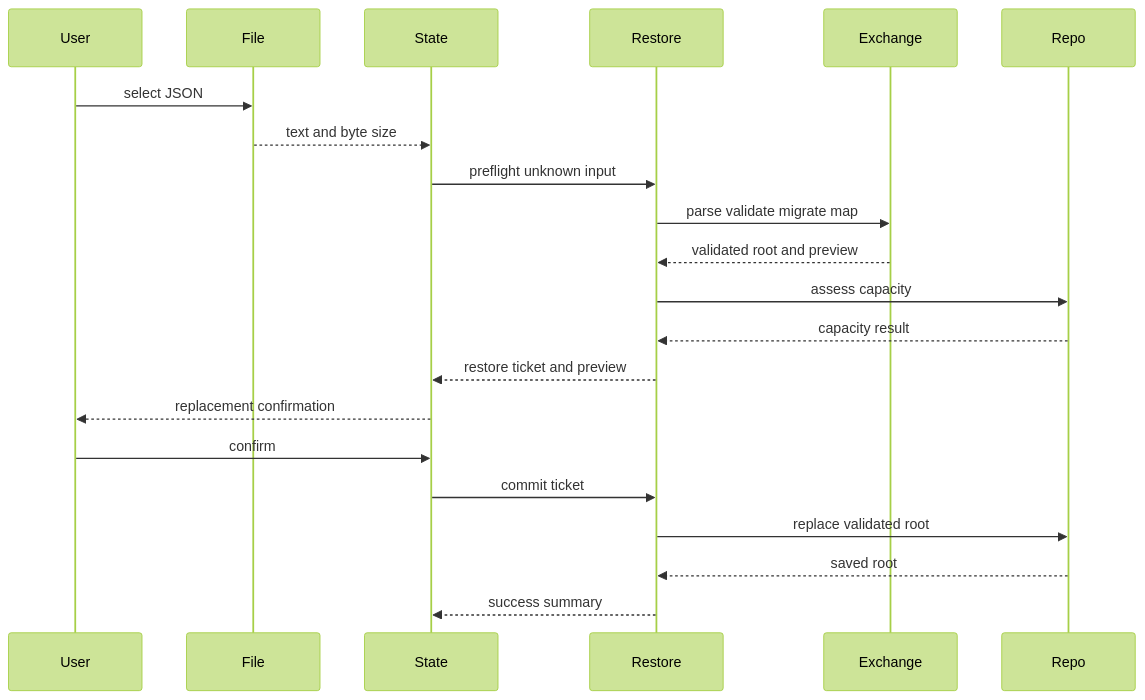
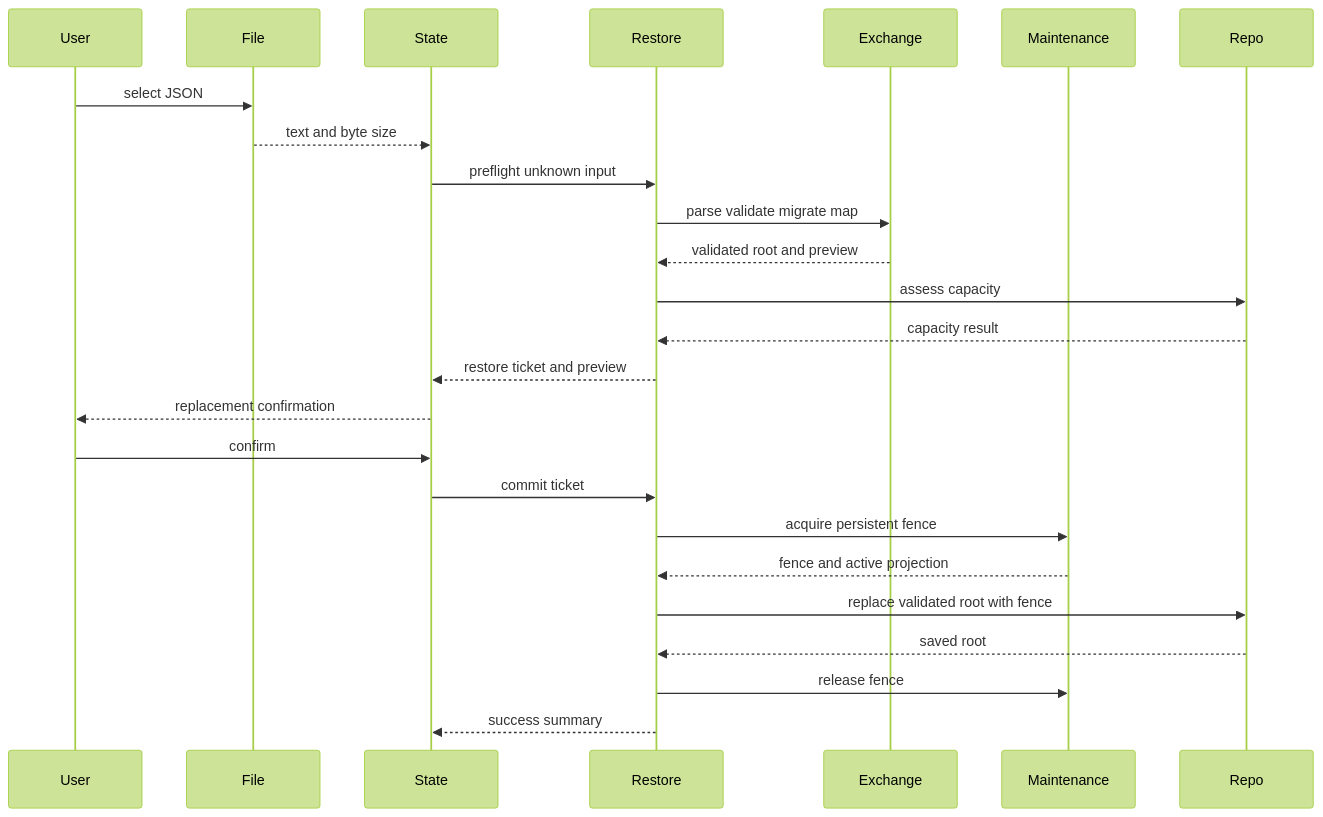
The third of 3 diagrams in .kiro/specs/backup-restore/design.md (Huruikagi/pc-build-planner), drawn with Mermaid (forest theme) before and after one commit. The commit also changed other lines of this file and 25 other files, not shown here.

Commit message:
docs(specs): adopt React UI architecture

````diff
--- a/.kiro/specs/backup-restore/design.md
+++ b/.kiro/specs/backup-restore/design.md
@@ -140,23 +141,27 @@
 ```mermaid
 sequenceDiagram
     participant User
     participant File
     participant State
     participant Restore
     participant Exchange
+    participant Maintenance
     participant Repo
     User->>File: select JSON
     File-->>State: text and byte size
     State->>Restore: preflight unknown input
     Restore->>Exchange: parse validate migrate map
     Exchange-->>Restore: validated root and preview
     Restore->>Repo: assess capacity
     Repo-->>Restore: capacity result
     Restore-->>State: restore ticket and preview
     State-->>User: replacement confirmation
     User->>State: confirm
     State->>Restore: commit ticket
-    Restore->>Repo: replace validated root
+    Restore->>Maintenance: acquire persistent fence
+    Maintenance-->>Restore: fence and active projection
+    Restore->>Repo: replace validated root with fence
     Repo-->>Restore: saved root
+    Restore->>Maintenance: release fence
     Restore-->>State: success summary
 ```
````
